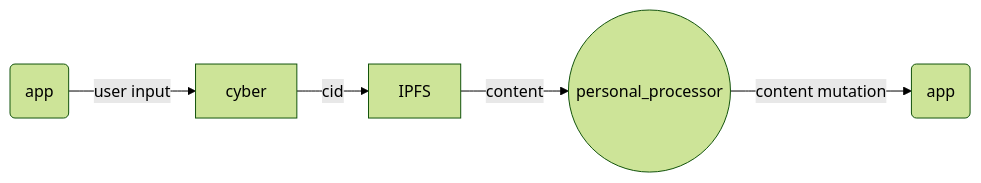
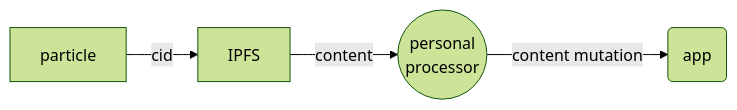
Before and after one commit to cybercongress/cyb-ts: the first of 3 diagrams in docs/scripting.md, drawn with Mermaid (forest theme). The commit also changed other lines of this file and 3 other files, not shown here.

````diff
--- a/docs/scripting.md
+++ b/docs/scripting.md
@@ -16,4 +125,4 @@
 ```mermaid
 graph LR
-E(app) -- user input --> A[cyber] -- cid --> B[IPFS] -- content --> C(("personal_processor")) -- content mutation --> D(app)
+A[particle] -- cid --> B[IPFS] -- content --> C(("personal<br />processor")) -- content mutation --> D(app)
 ```
````
